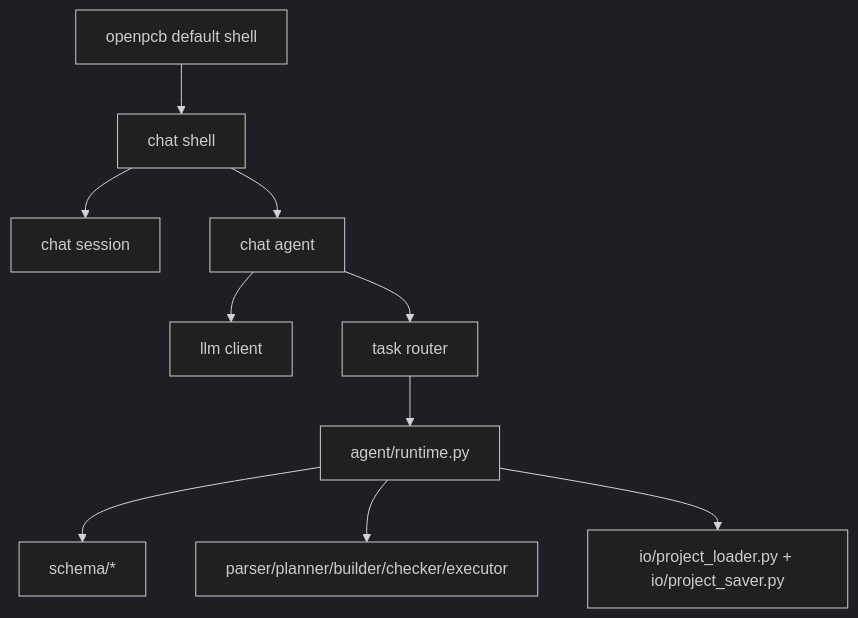
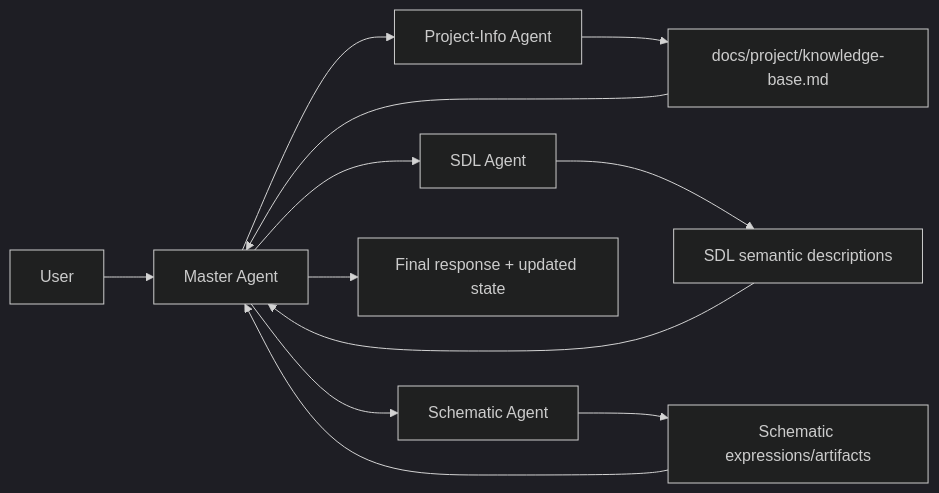
One commit to yuanmk26/OpenPCB changed the diagram in docs/architecture/system-architecture.md. Above: the diagram before and after it, drawn with Mermaid (dark theme). The commit also changed other lines of this file, not shown here.

Commit message:
docs(architecture): rewrite system architecture for agent-team positioning

````diff
--- a/docs/architecture/system-architecture.md
+++ b/docs/architecture/system-architecture.md
@@ -101,12 +52,16 @@
 ```mermaid
-flowchart TD
-    CLI[openpcb default shell] --> SHELL[chat shell]
-    SHELL --> SESSION[chat session]
-    SHELL --> CHATAGENT[chat agent]
-    CHATAGENT --> LLM[llm client]
-    CHATAGENT --> ROUTER[task router]
-    ROUTER --> RT[agent/runtime.py]
-    RT --> SCHEMA[schema/*]
-    RT --> PCB[parser/planner/builder/checker/executor]
-    RT --> IO[io/project_loader.py + io/project_saver.py]
+flowchart LR
+    U[User] --> M[Master Agent]
+    M --> W1[Project-Info Agent]
+    M --> W2[SDL Agent]
+    M --> W3[Schematic Agent]
+
+    W1 --> K[docs/project/knowledge-base.md]
+    W2 --> S[SDL semantic descriptions]
+    W3 --> H[Schematic expressions/artifacts]
+
+    K --> M
+    S --> M
+    H --> M
+    M --> R[Final response + updated state]
 ```
````
